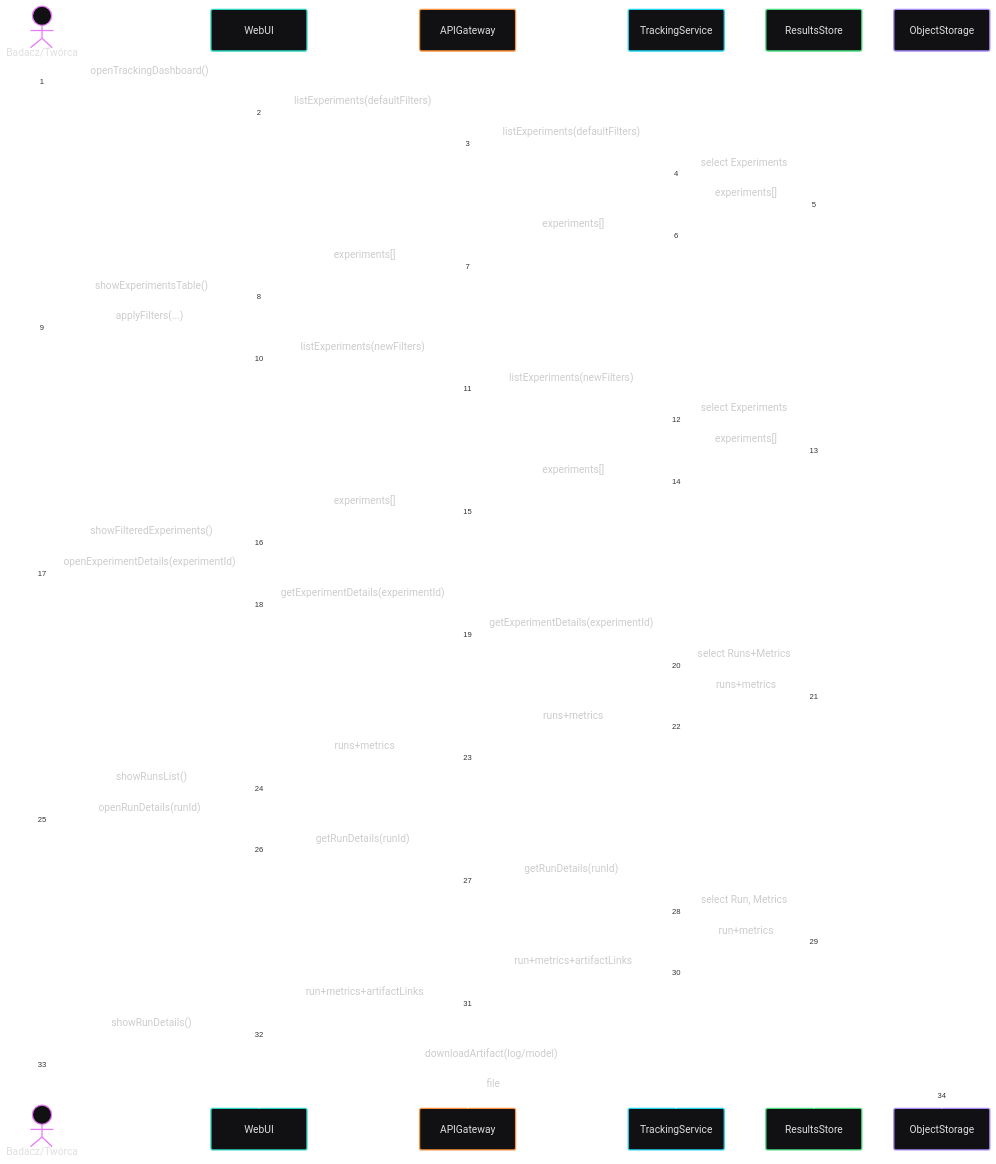
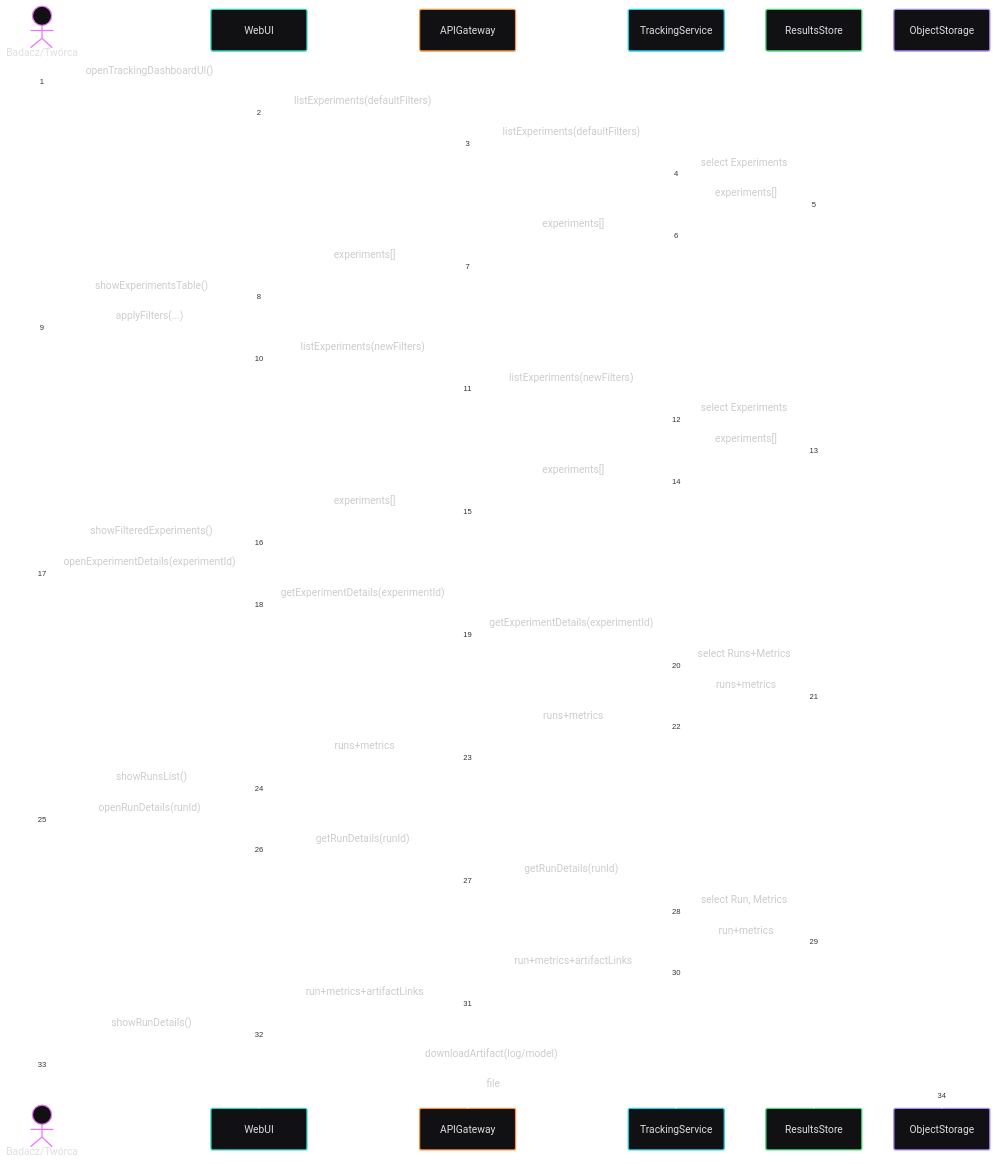
Diagram 19 of 34 in docs/system_c4_architecture.md (jedrzejpolaczek/aviarium.corvidae.corvus_corone), drawn with Mermaid before and after one commit. The commit also changed other lines of this file, not shown here.

````diff
--- a/docs/system_c4_architecture.md
+++ b/docs/system_c4_architecture.md
@@ -1680,48 +1549,48 @@
 ```mermaid
 ---
 config:
   theme: redux-dark-color
 ---
 sequenceDiagram
     autonumber
     actor User as Badacz/Twórca
     participant UI as WebUI
     participant API as APIGateway
     participant TRK as TrackingService
     participant DB as ResultsStore
     participant OBJ as ObjectStorage
-    User->>UI: openTrackingDashboard()
+    User->>UI: openTrackingDashboardUI()
     UI->>API: listExperiments(defaultFilters)
     API->>TRK: listExperiments(defaultFilters)
     TRK->>DB: select Experiments
     DB-->>TRK: experiments[]
     TRK-->>API: experiments[]
     API-->>UI: experiments[]
     UI-->>User: showExperimentsTable()
     User->>UI: applyFilters(...)
     UI->>API: listExperiments(newFilters)
     API->>TRK: listExperiments(newFilters)
     TRK->>DB: select Experiments
     DB-->>TRK: experiments[]
     TRK-->>API: experiments[]
     API-->>UI: experiments[]
     UI-->>User: showFilteredExperiments()
     User->>UI: openExperimentDetails(experimentId)
     UI->>API: getExperimentDetails(experimentId)
     API->>TRK: getExperimentDetails(experimentId)
     TRK->>DB: select Runs+Metrics
     DB-->>TRK: runs+metrics
     TRK-->>API: runs+metrics
     API-->>UI: runs+metrics
     UI-->>User: showRunsList()
     User->>UI: openRunDetails(runId)
     UI->>API: getRunDetails(runId)
     API->>TRK: getRunDetails(runId)
     TRK->>DB: select Run, Metrics
     DB-->>TRK: run+metrics
     TRK-->>API: run+metrics+artifactLinks
     API-->>UI: run+metrics+artifactLinks
     UI-->>User: showRunDetails()
     User->>OBJ: downloadArtifact(log/model)  
     OBJ-->>User: file
 ```
````
